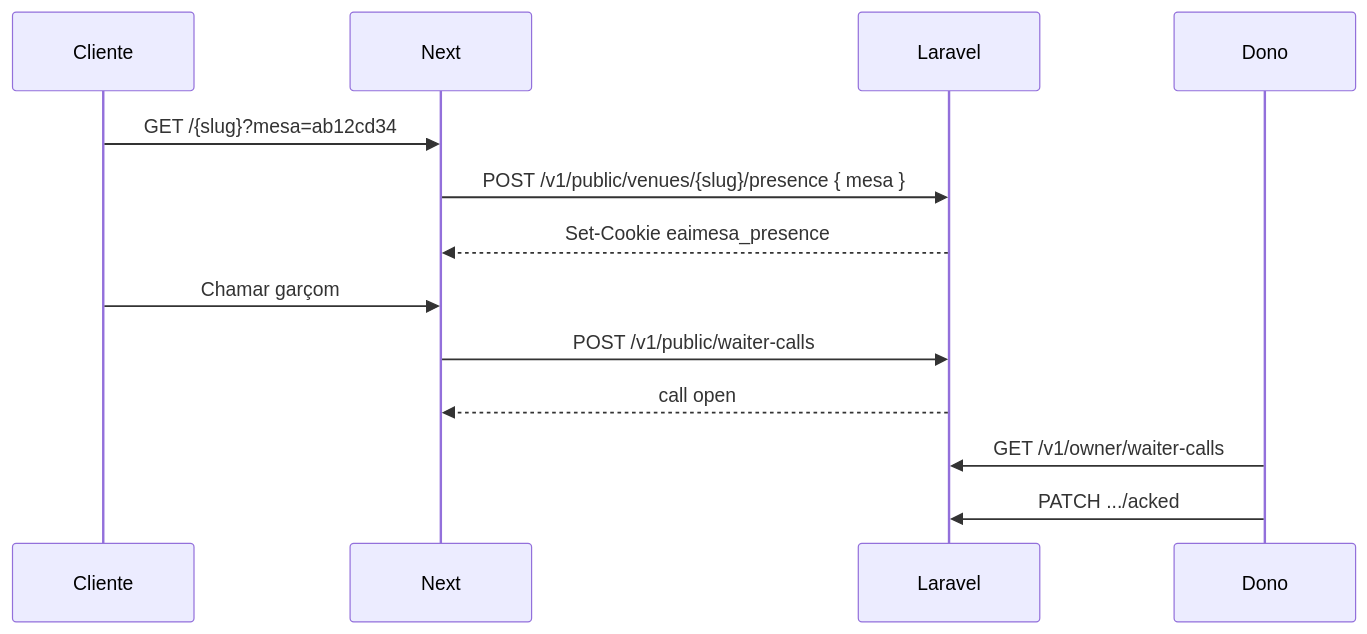
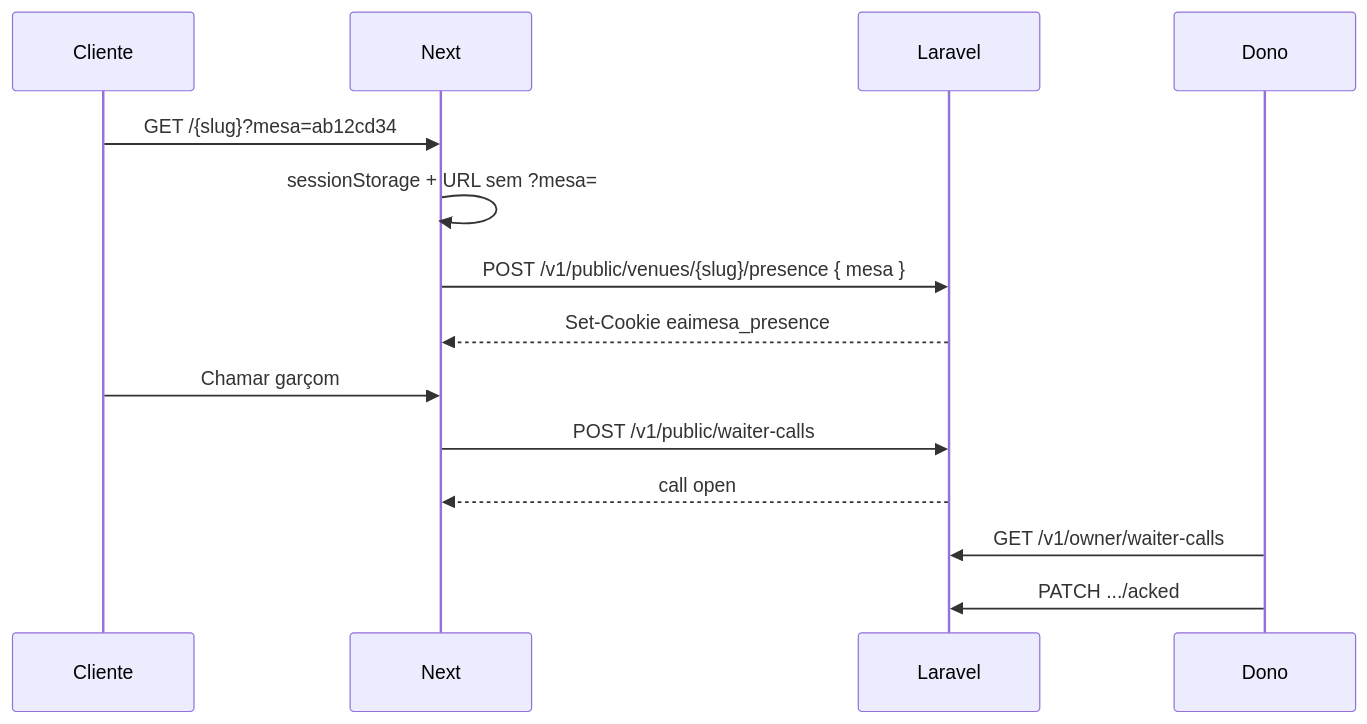
One commit to filiperamosds/eaimesa-frontend changed the diagram in docs/product/fatia-15-chamar-garcom-cardapio.md. Above: the diagram before and after it, drawn with Mermaid. The commit also changed other lines of this file and 11 other files, not shown here.

First line of the commit message:
Guardar mesa no sessionStorage e limpar URL

````diff
--- a/docs/product/fatia-15-chamar-garcom-cardapio.md
+++ b/docs/product/fatia-15-chamar-garcom-cardapio.md
@@ -26,16 +26,17 @@
 ```mermaid
 sequenceDiagram
   participant C as Cliente
   participant W as Next
   participant API as Laravel
   participant D as Dono
 
   C->>W: GET /{slug}?mesa=ab12cd34
+  W->>W: sessionStorage + URL sem ?mesa=
   W->>API: POST /v1/public/venues/{slug}/presence { mesa }
   API-->>W: Set-Cookie eaimesa_presence
   C->>W: Chamar garçom
   W->>API: POST /v1/public/waiter-calls
   API-->>W: call open
   D->>API: GET /v1/owner/waiter-calls
   D->>API: PATCH .../acked
 ```
````
